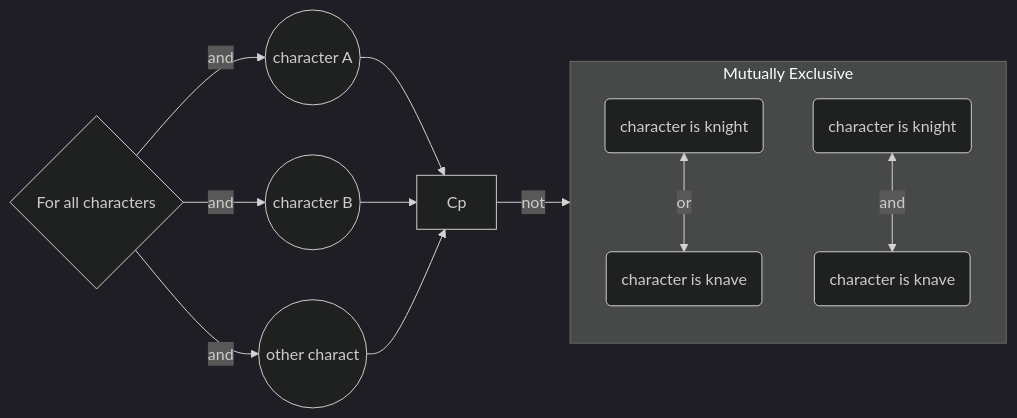
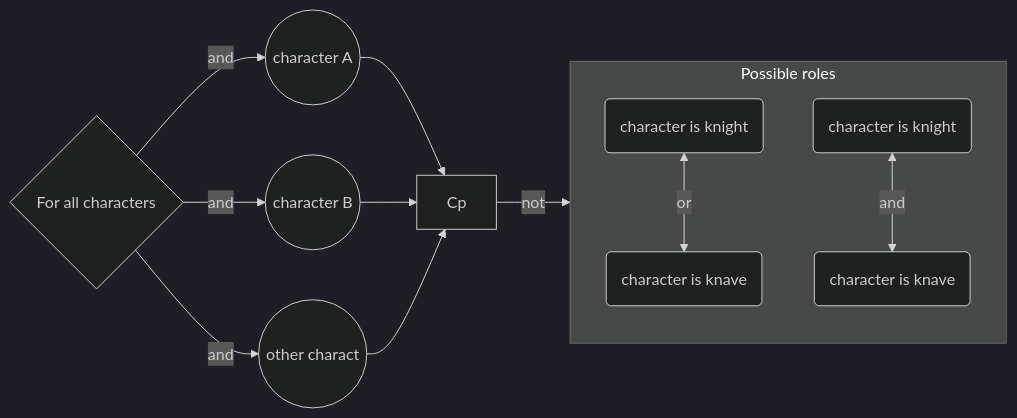
The first of 7 diagrams in week1/README.md (zihanshen0112-collab/CS50AI), drawn with Mermaid (dark theme) before and after one commit.

Commit message:
solving the issue of graphs not display

````diff
--- a/week1/README.md
+++ b/week1/README.md
@@ -79,19 +79,19 @@
 ```mermaid
 graph LR
 A{For all characters} -- and --> B((character A))
 A -- and --> C((character B))
 A -- and --> D((other charact))
-    subgraph Bgl[Mutually Exclusive]
+    subgraph Bgl[Possible roles]
         direction TD
         E(character is knight) <-->|or| F(character is knave)
     end 
 B --> Cp
 C --> Cp
 D --> Cp
         
     subgraph Bgl[Mutually Exclusive]
         direction LR
         G(character is knight) <-->|and| H(character is knave)
     end
 Cp -- not --> Bgl
 ```
````
